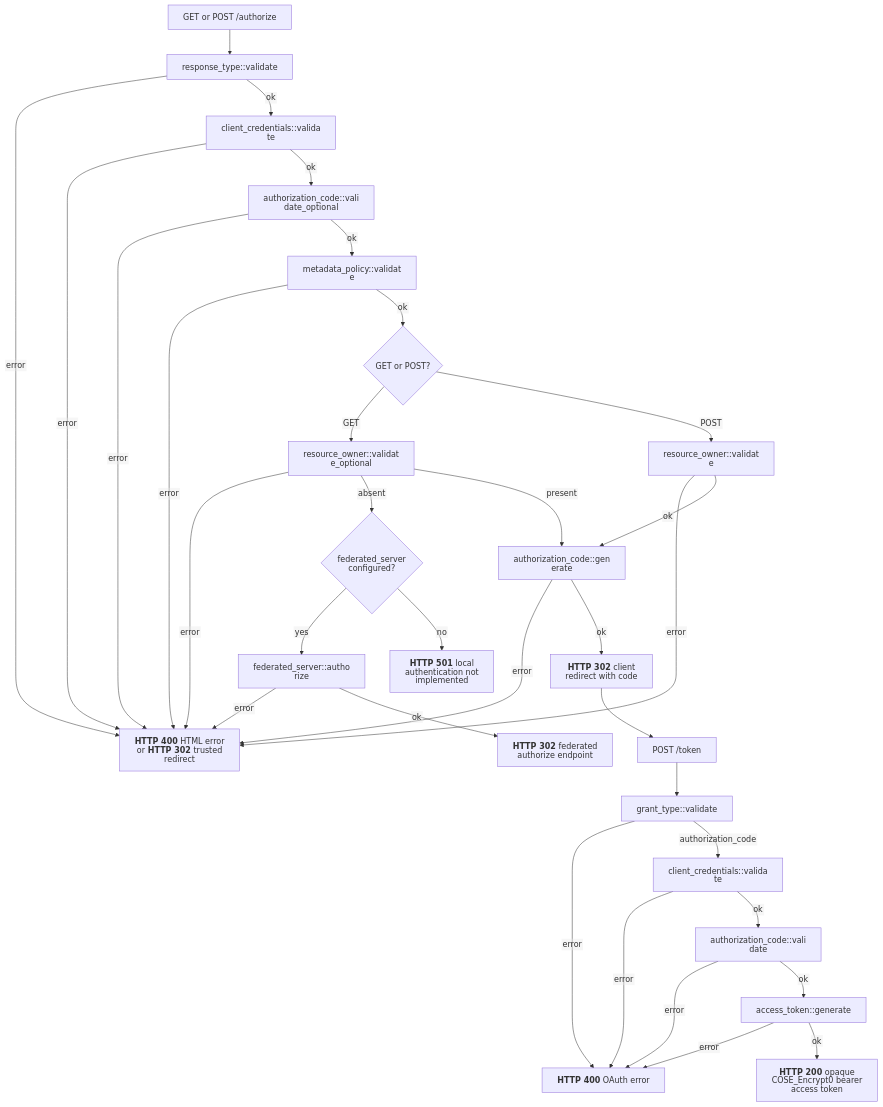
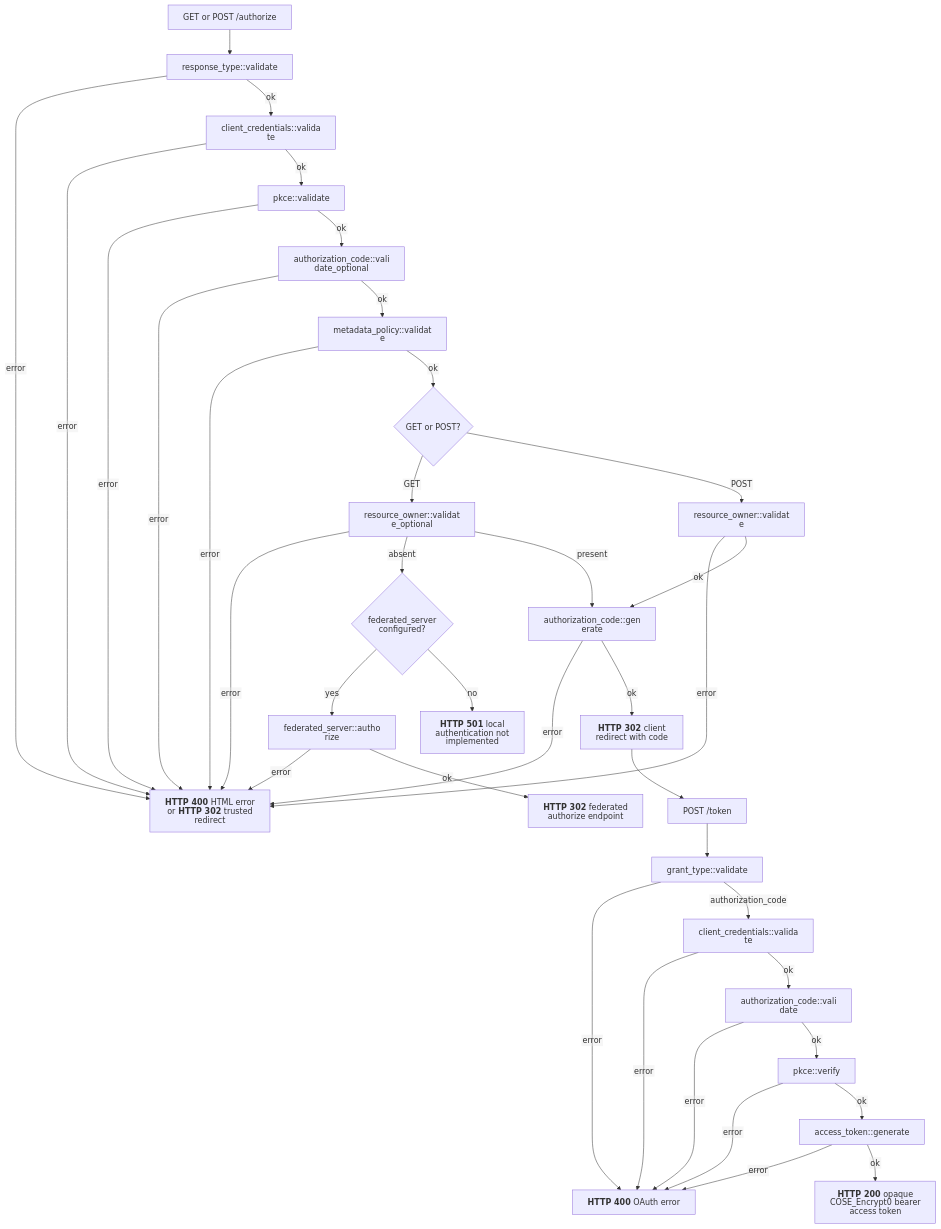
The diagram in docs/flows/oauth/authorization_code.mmd (malach-it/kagome), drawn with Mermaid before and after one commit. The commit also changed 38 other files, not shown here.

```diff
--- a/docs/flows/oauth/authorization_code.mmd
+++ b/docs/flows/oauth/authorization_code.mmd
@@ -1,34 +1,38 @@
 %%{init: {"htmlLabels": false, "flowchart": {"htmlLabels": false}}}%%
 flowchart TD
     start[GET or POST /authorize] --> response_type["response_type::validate"]
     response_type -- error --> authorize_error["`**HTTP 400** HTML error or **HTTP 302** trusted redirect`"]
     response_type -- ok --> client["client_credentials::validate"]
     client -- error --> authorize_error
-    client -- ok --> previous["authorization_code::validate_optional"]
+    client -- ok --> challenge["pkce::validate"]
+    challenge -- error --> authorize_error
+    challenge -- ok --> previous["authorization_code::validate_optional"]
     previous -- error --> authorize_error
     previous -- ok --> policy["metadata_policy::validate"]
     policy -- error --> authorize_error
     policy -- ok --> method{GET or POST?}
     method -- GET --> owner_optional["resource_owner::validate_optional"]
     owner_optional -- error --> authorize_error
     owner_optional -- absent --> federation{federated_server configured?}
     federation -- yes --> federate["federated_server::authorize"]
     federate -- error --> authorize_error
     federate -- ok --> federated_redirect["`**HTTP 302** federated authorize endpoint`"]
     federation -- no --> not_implemented["`**HTTP 501** local authentication not implemented`"]
     owner_optional -- present --> issue
     method -- POST --> owner["resource_owner::validate"]
     owner -- error --> authorize_error
     owner -- ok --> issue["authorization_code::generate"]
     issue -- error --> authorize_error
     issue -- ok --> redirect["`**HTTP 302** client redirect with code`"]
     redirect --> token[POST /token]
     token --> grant["grant_type::validate"]
     grant -- error --> token_error["`**HTTP 400** OAuth error`"]
     grant -- authorization_code --> token_client["client_credentials::validate"]
     token_client -- error --> token_error
     token_client -- ok --> code["authorization_code::validate"]
     code -- error --> token_error
-    code -- ok --> access["access_token::generate"]
+    code -- ok --> verifier["pkce::verify"]
+    verifier -- error --> token_error
+    verifier -- ok --> access["access_token::generate"]
     access -- error --> token_error
     access -- ok --> success["`**HTTP 200** opaque COSE_Encrypt0 bearer access token`"]
```
